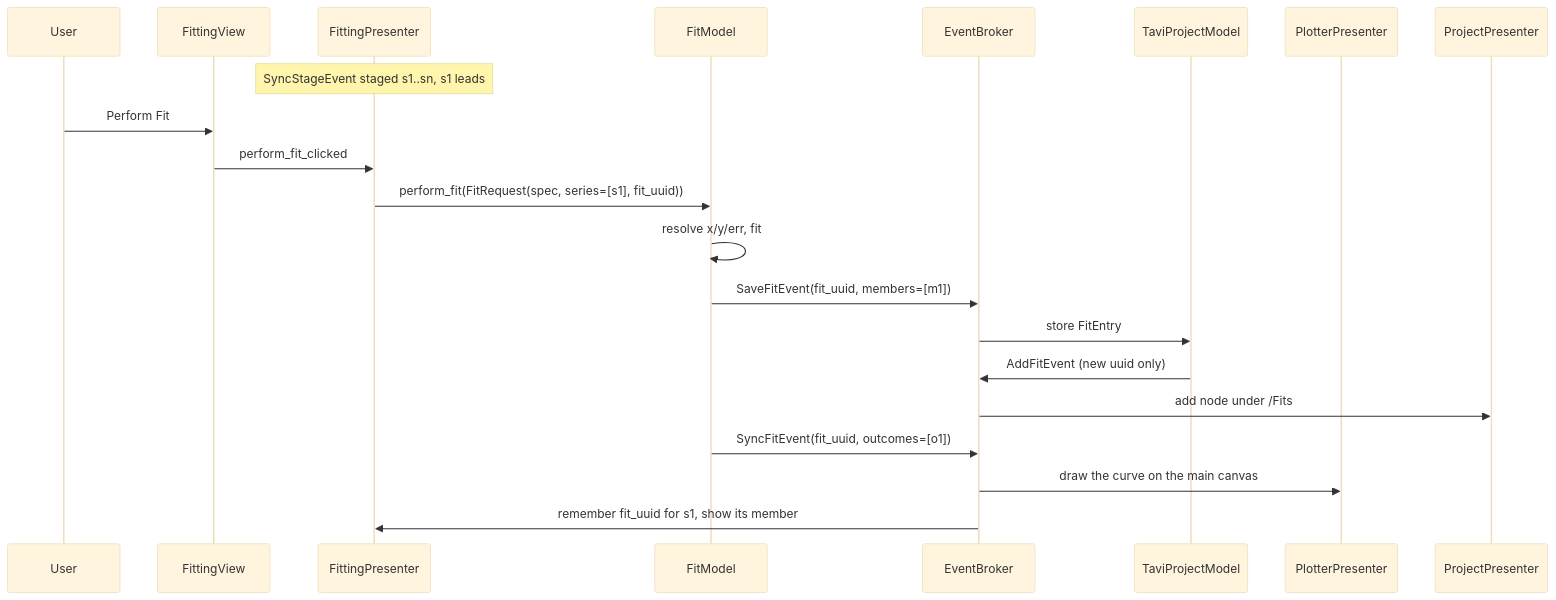
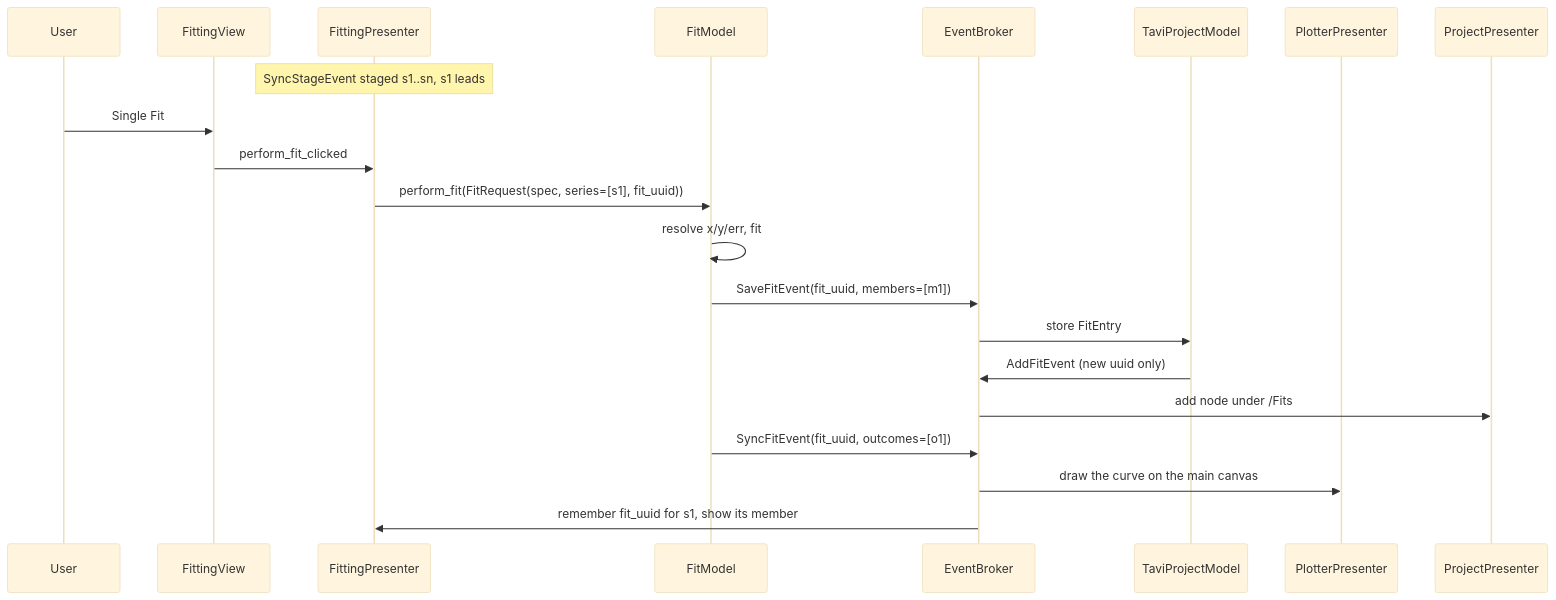
One commit to neutrons/TAVI changed the third of 8 diagrams in docs/source/design/frontend/fit_data_model.rst. Above: the diagram before and after it, drawn with Mermaid (base theme). The commit also changed other lines of this file and 9 other files, not shown here.

Commit message:
add a group fit button to distinguish with single fit

```diff
--- a/docs/source/design/frontend/fit_data_model.rst
+++ b/docs/source/design/frontend/fit_data_model.rst
@@ -390,24 +399,24 @@
 .. mermaid::
 
     sequenceDiagram
         participant User
         participant FittingView
         participant FittingPresenter
         participant FitModel
         participant EventBroker
         participant TaviProjectModel
         participant PlotterPresenter
         participant ProjectPresenter
 
         Note over FittingPresenter: SyncStageEvent staged s1..sn, s1 leads
-        User ->> FittingView: Perform Fit
+        User ->> FittingView: Single Fit
         FittingView ->> FittingPresenter: perform_fit_clicked
         FittingPresenter ->> FitModel: perform_fit(FitRequest(spec, series=[s1], fit_uuid))
         FitModel ->> FitModel: resolve x/y/err, fit
         FitModel ->> EventBroker: SaveFitEvent(fit_uuid, members=[m1])
         EventBroker ->> TaviProjectModel: store FitEntry
         TaviProjectModel ->> EventBroker: AddFitEvent (new uuid only)
         EventBroker ->> ProjectPresenter: add node under /Fits
         FitModel ->> EventBroker: SyncFitEvent(fit_uuid, outcomes=[o1])
         EventBroker ->> PlotterPresenter: draw the curve on the main canvas
         EventBroker ->> FittingPresenter: remember fit_uuid for s1, show its member
```
